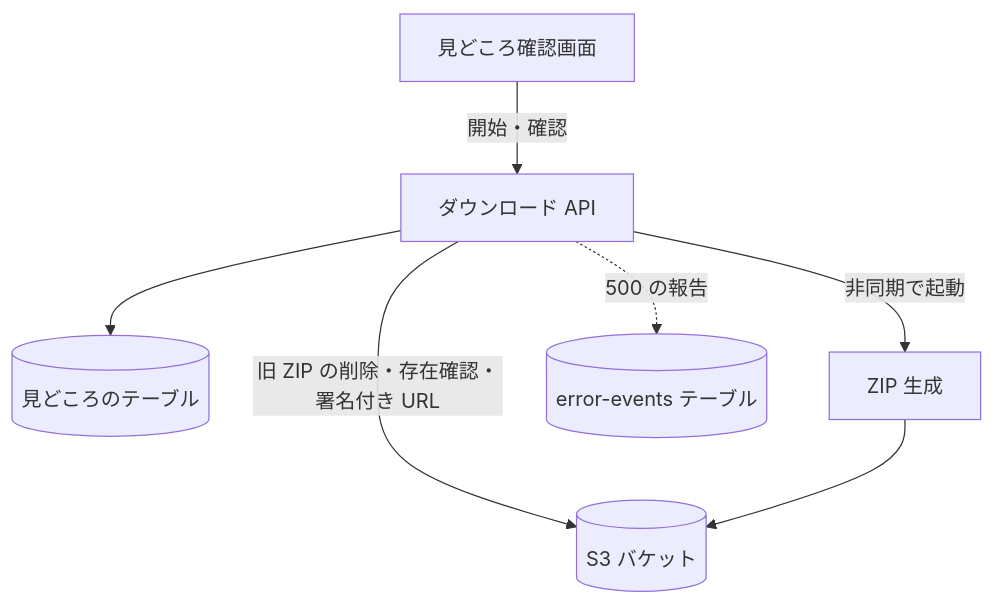
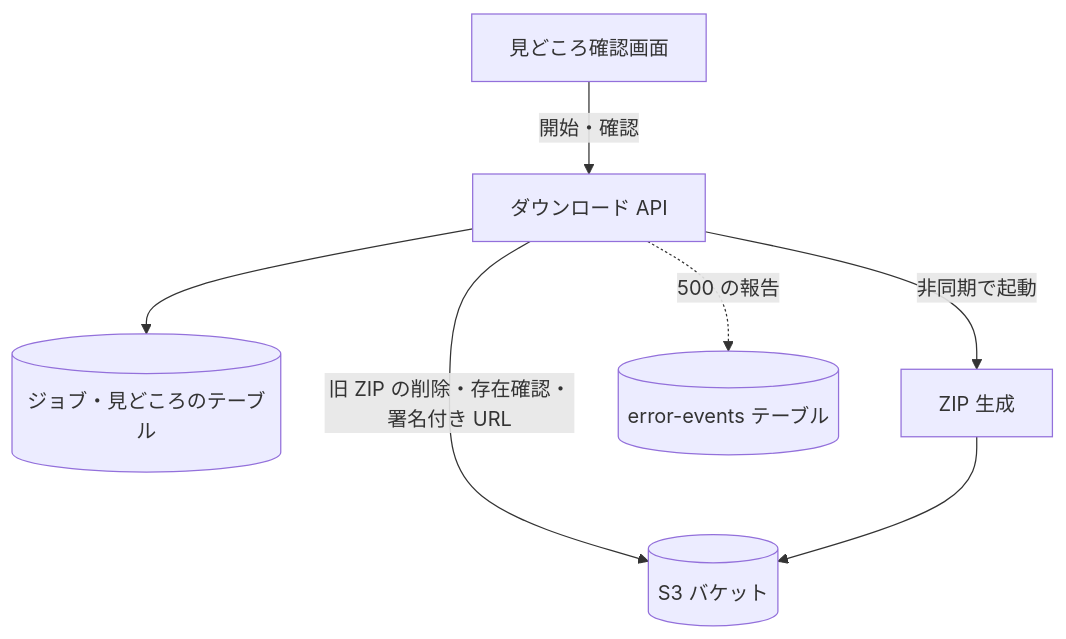
One commit to nagiyu/nagiyu-platform changed the diagram in docs/specs/quick-clip/api/download.md. Above: the diagram before and after it, drawn with Mermaid. The commit also changed other lines of this file and 29 other files, not shown here.

````diff
--- a/docs/specs/quick-clip/api/download.md
+++ b/docs/specs/quick-clip/api/download.md
@@ -66,9 +68,9 @@
 ```mermaid
 flowchart TD
     H[見どころ確認画面] -->|開始・確認| A[ダウンロード API]
-    A --> D[(見どころのテーブル)]
+    A --> D[(ジョブ・見どころのテーブル)]
     A -->|旧 ZIP の削除・存在確認・署名付き URL| S[(S3 バケット)]
     A -->|非同期で起動| Z[ZIP 生成]
     Z --> S
     A -.->|500 の報告| E[(error-events テーブル)]
 ```
````
